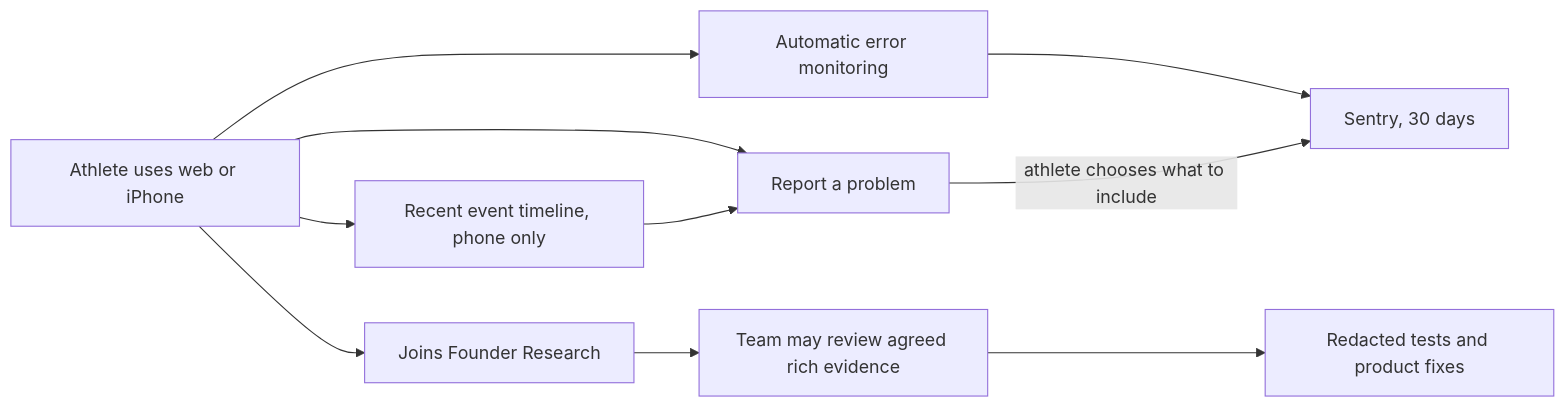
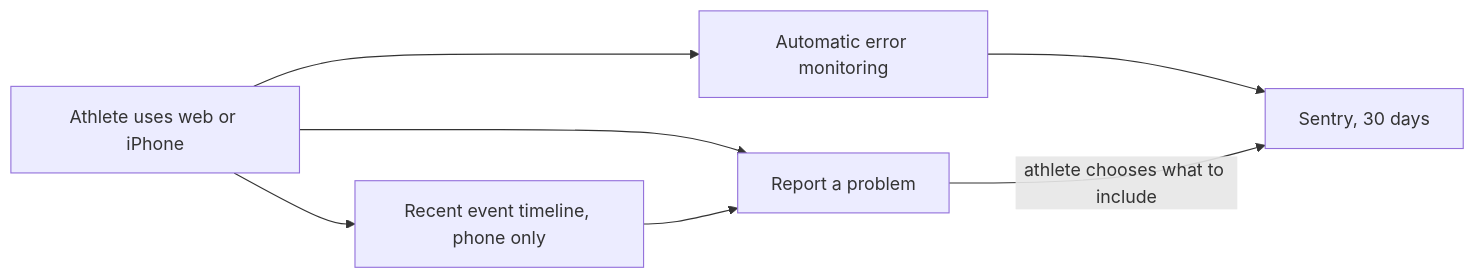
One commit to sibling-shipyard/coach-hq changed the first of 2 diagrams in docs/plans/ops-observability-rage-reports.md. Above: the diagram before and after it, drawn with Mermaid. The commit also changed other lines of this file, not shown here.

First line of the commit message:
docs: apply review feedback to observability plan (#585)

````diff
--- a/docs/plans/ops-observability-rage-reports.md
+++ b/docs/plans/ops-observability-rage-reports.md
@@ -13,12 +15,9 @@
 ```mermaid
 flowchart LR
   U["Athlete uses web or iPhone"] --> M["Automatic error monitoring"]
   M --> S["Sentry, 30 days"]
   U --> P["Recent event timeline, phone only"]
   U --> R["Report a problem"]
   P --> R
   R -->|athlete chooses what to include| S
-  U --> C["Joins Founder Research"]
-  C --> E["Team may review agreed rich evidence"]
-  E --> T["Redacted tests and product fixes"]
 ```
````
